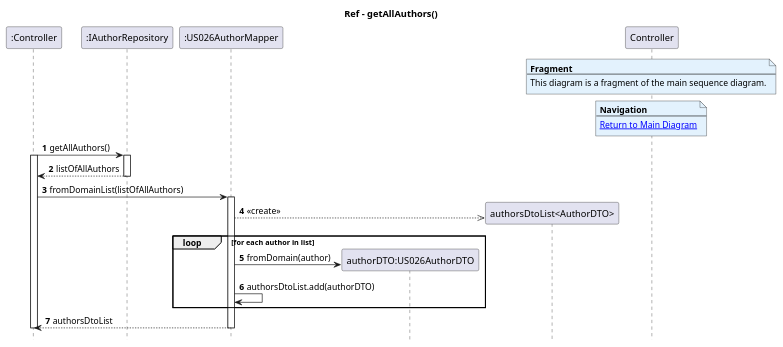
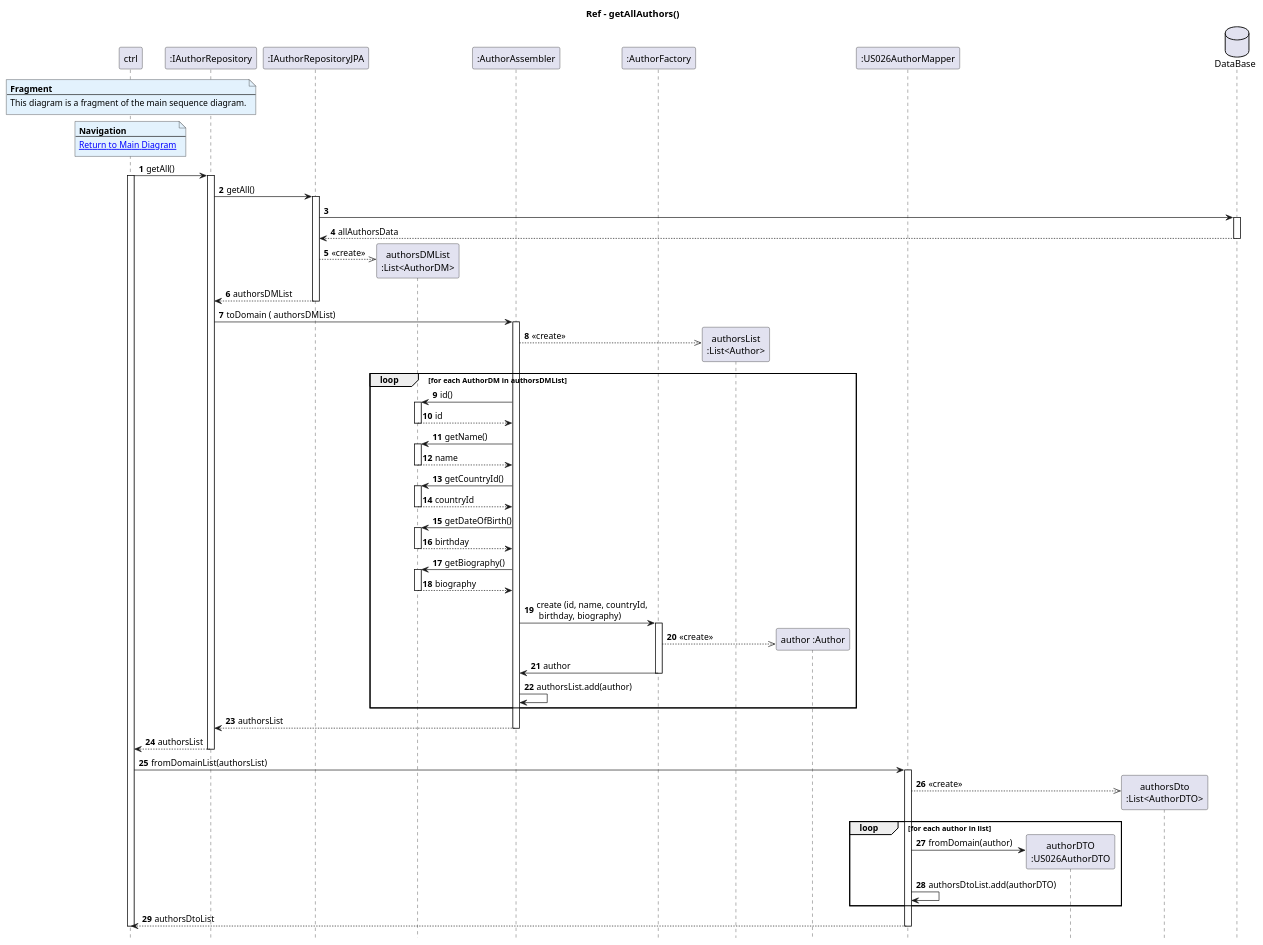
Before and after one commit to AndrePereiraGitH/SWitCH-Project-Team_A: the diagram in Diagrams/SequenceDiagrams/N2/To-get-list-of-items-in-auction-of-a-given-author/2.GetAllAuthors.puml, drawn with PlantUML. The commit also changed 2 other files, not shown here.

Commit message:
docs #702: extend get items in auction given author SD with persistence layer

```diff
--- a/Diagrams/SequenceDiagrams/N2/To-get-list-of-items-in-auction-of-a-given-author/2.GetAllAuthors.puml
+++ b/Diagrams/SequenceDiagrams/N2/To-get-list-of-items-in-auction-of-a-given-author/2.GetAllAuthors.puml
@@ -1,46 +1,124 @@
 @startuml
 hide footbox
 autonumber
 title Ref - getAllAuthors()
 
-participant ":Controller" as Ctrl
-participant ":IAuthorRepository" as AuthorRepository
-participant ":US026AuthorMapper" as AuthorMapper
-participant "authorDTO:US026AuthorDTO" as AuthorDTO
-participant "authorsDtoList<AuthorDTO>" as AuthorsListDto
-
-note over Controller #E3F2FD
+note over ctrl #E3F2FD
 <b>Fragment</b>
 ---
 This diagram is a fragment of the main sequence diagram.
 end note
 
-note over Controller #E3F2FD
+note over ctrl #E3F2FD
 <b>Navigation</b>
 ---
 [[1.MainDiagram.puml Return to Main Diagram]]
 end note
 
+participant ":Controller" as ctrl
+participant ":IAuthorRepository" as authorRepo
+participant ":IAuthorRepositoryJPA" as authorRepoJpa
+participant "authorsDMList\n:List<AuthorDM>" as authorsDMList
+
+participant ":AuthorAssembler" as authorAssembler
+
+participant ":AuthorFactory" as authorFactory
+
+participant "authorsList\n:List<Author>" as authorsList
+
+participant "author :Author" as author
+
+participant ":US026AuthorMapper" as AuthorMapper
+
+
+participant "authorDTO\n:US026AuthorDTO" as AuthorDTO
+participant "authorsDto\n:List<AuthorDTO>" as AuthorsListDto
+
+database "DataBase" as db
+
 ' -------- Get All Authors in System --------
-Ctrl -> AuthorRepository : getAllAuthors()
-activate Ctrl
-activate AuthorRepository
-AuthorRepository --> Ctrl : listOfAllAuthors
-deactivate AuthorRepository
+ctrl -> authorRepo : getAll()
+activate ctrl
+activate authorRepo
+
+authorRepo -> authorRepoJpa : getAll()
+activate authorRepoJpa
+authorRepoJpa -> db
+activate db
+db --> authorRepoJpa : allAuthorsData
+deactivate db
+authorRepoJpa -->> authorsDMList** : <<create>>
+authorRepoJpa --> authorRepo : authorsDMList
+deactivate authorRepoJpa
+
+
+' ----- CONVERT DM TO DOMAIN ---------------
+
+authorRepo -> authorAssembler : toDomain ( authorsDMList)
+activate authorAssembler
+
+authorAssembler -->> authorsList ** : <<create>>
+
+loop for each AuthorDM in authorsDMList
+
+    authorAssembler -> authorsDMList : id()
+    activate authorsDMList
+    authorsDMList --> authorAssembler : id
+    deactivate authorsDMList
+
+    authorAssembler -> authorsDMList : getName()
+    activate authorsDMList
+    authorsDMList --> authorAssembler : name
+    deactivate authorsDMList
+
+    authorAssembler -> authorsDMList : getCountryId()
+    activate authorsDMList
+    authorsDMList --> authorAssembler : countryId
+    deactivate authorsDMList
+
+    authorAssembler -> authorsDMList : getDateOfBirth()
+    activate authorsDMList
+    authorsDMList --> authorAssembler : birthday
+    deactivate authorsDMList
+
+    authorAssembler -> authorsDMList : getBiography()
+    activate authorsDMList
+    authorsDMList --> authorAssembler : biography
+    deactivate authorsDMList
+
+    authorAssembler -> authorFactory : create (id, name, countryId,\n birthday, biography)
+    activate authorFactory
+
+    authorFactory -->> author ** : <<create>>
+    authorFactory -> authorAssembler : author
+    deactivate authorFactory
+
+    authorAssembler -> authorAssembler : authorsList.add(author)
+
+end loop
+
+
+deactivate authorFactory
+authorAssembler --> authorRepo : authorsList
+deactivate authorAssembler
+
+
+authorRepo --> ctrl : authorsList
+deactivate authorRepo
 
 
 '------ Convert List of Authors into DTO --------
-Ctrl -> AuthorMapper : fromDomainList(listOfAllAuthors)
+ctrl -> AuthorMapper : fromDomainList(authorsList)
 activate AuthorMapper
 AuthorMapper -->> AuthorsListDto ** : <<create>>
 
 loop for each author in list
     AuthorMapper -> AuthorDTO ** : fromDomain(author)
     AuthorMapper -> AuthorMapper : authorsDtoList.add(authorDTO)
 end
 
-AuthorMapper --> Ctrl : authorsDtoList
+AuthorMapper --> ctrl : authorsDtoList
 deactivate AuthorMapper
 
-deactivate Ctrl
+deactivate ctrl
 @enduml
```
